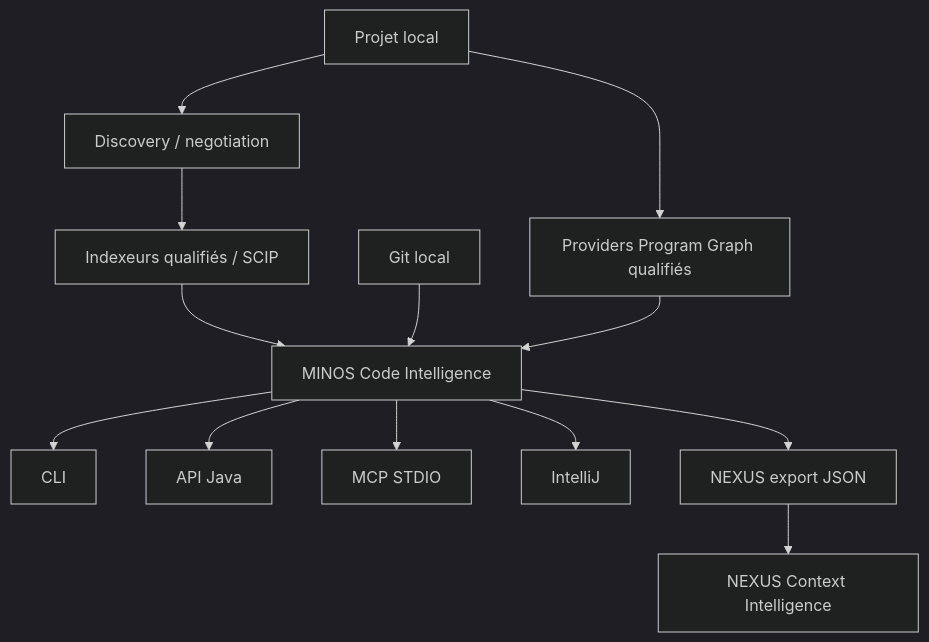
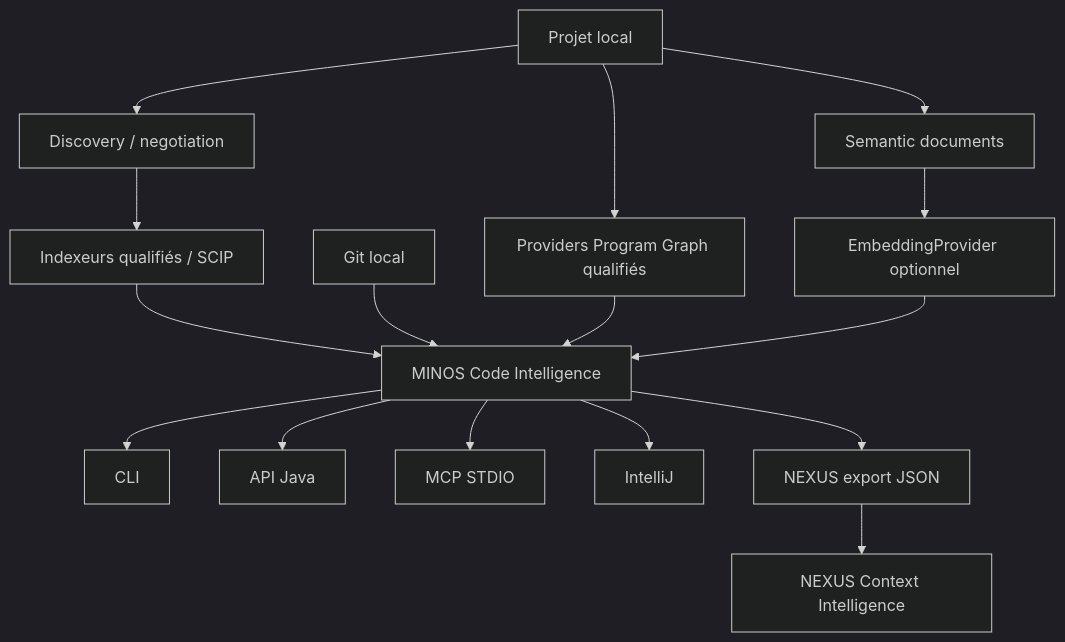
Before and after one commit to FTurleque/minos-code-intelligence: the diagram in README.md, drawn with Mermaid (dark theme). The commit also changed other lines of this file, not shown here.

Commit message:
docs(m23): expose learned semantic retrieval in project readme

````diff
--- a/README.md
+++ b/README.md
@@ -23,15 +23,18 @@
 ```mermaid
 flowchart TB
     SRC[Projet local] --> DISC[Discovery / negotiation]
     DISC --> IDX[Indexeurs qualifiés / SCIP]
     IDX --> MINOS[MINOS Code Intelligence]
     GIT[Git local] --> MINOS
     SRC --> ADV[Providers Program Graph qualifiés]
     ADV --> MINOS
+    SRC --> SEM[Semantic documents]
+    SEM --> EMB[EmbeddingProvider optionnel]
+    EMB --> MINOS
     MINOS --> CLI[CLI]
     MINOS --> API[API Java]
     MINOS --> MCP[MCP STDIO]
     MINOS --> IDE[IntelliJ]
     MINOS --> NX[NEXUS export JSON]
     NX --> NEXUS[NEXUS Context Intelligence]
 ```
````
